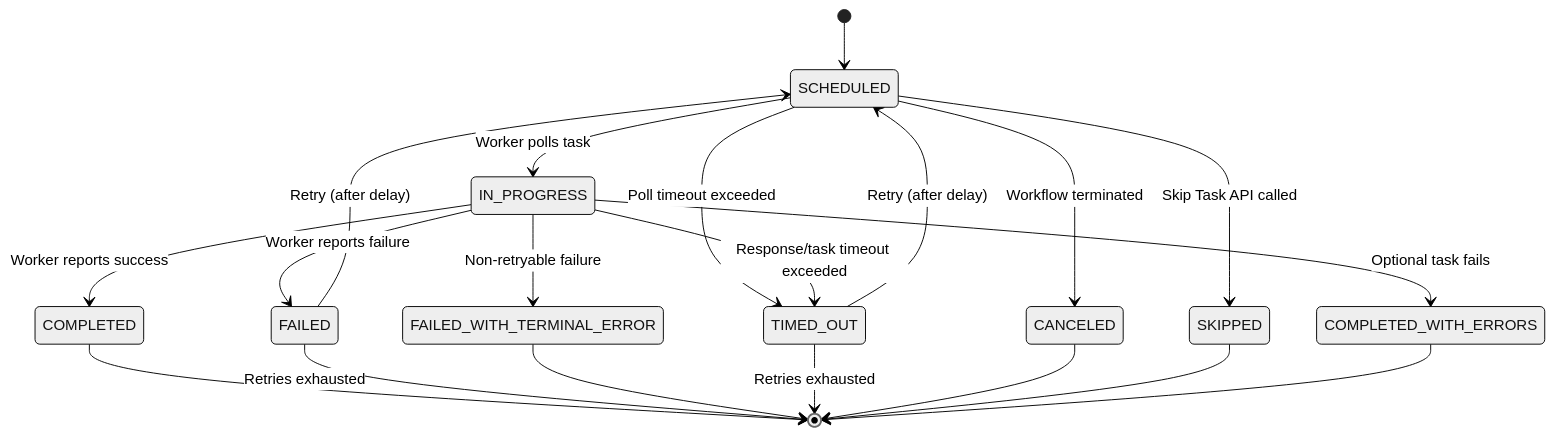
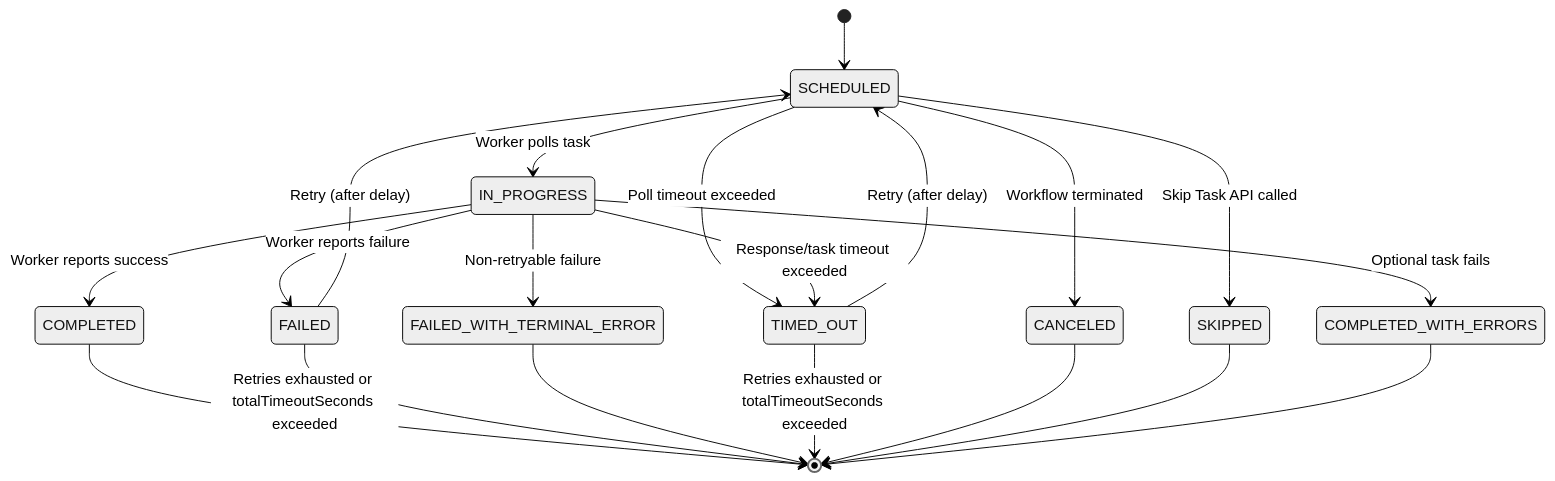
The first of 6 diagrams in docs/devguide/architecture/tasklifecycle.md (conductor-oss/conductor), drawn with Mermaid (neutral theme) before and after one commit. The commit also changed other lines of this file and 5 other files, not shown here.

First line of the commit message:
docs: document maxRetryDelaySeconds, backoffJitterMs, totalTimeoutSeconds and add retry cookbook

````diff
--- a/docs/devguide/architecture/tasklifecycle.md
+++ b/docs/devguide/architecture/tasklifecycle.md
@@ -11,22 +11,22 @@
 ```mermaid
 stateDiagram-v2
     [*] --> SCHEDULED
     SCHEDULED --> IN_PROGRESS : Worker polls task
     SCHEDULED --> TIMED_OUT : Poll timeout exceeded
     SCHEDULED --> CANCELED : Workflow terminated
     IN_PROGRESS --> COMPLETED : Worker reports success
     IN_PROGRESS --> FAILED : Worker reports failure
     IN_PROGRESS --> FAILED_WITH_TERMINAL_ERROR : Non-retryable failure
     IN_PROGRESS --> TIMED_OUT : Response/task timeout exceeded
     IN_PROGRESS --> COMPLETED_WITH_ERRORS : Optional task fails
     SCHEDULED --> SKIPPED : Skip Task API called
     FAILED --> SCHEDULED : Retry (after delay)
     TIMED_OUT --> SCHEDULED : Retry (after delay)
     COMPLETED --> [*]
-    FAILED --> [*] : Retries exhausted
+    FAILED --> [*] : Retries exhausted or totalTimeoutSeconds exceeded
     FAILED_WITH_TERMINAL_ERROR --> [*]
-    TIMED_OUT --> [*] : Retries exhausted
+    TIMED_OUT --> [*] : Retries exhausted or totalTimeoutSeconds exceeded
     CANCELED --> [*]
     SKIPPED --> [*]
     COMPLETED_WITH_ERRORS --> [*]
 ```
````
